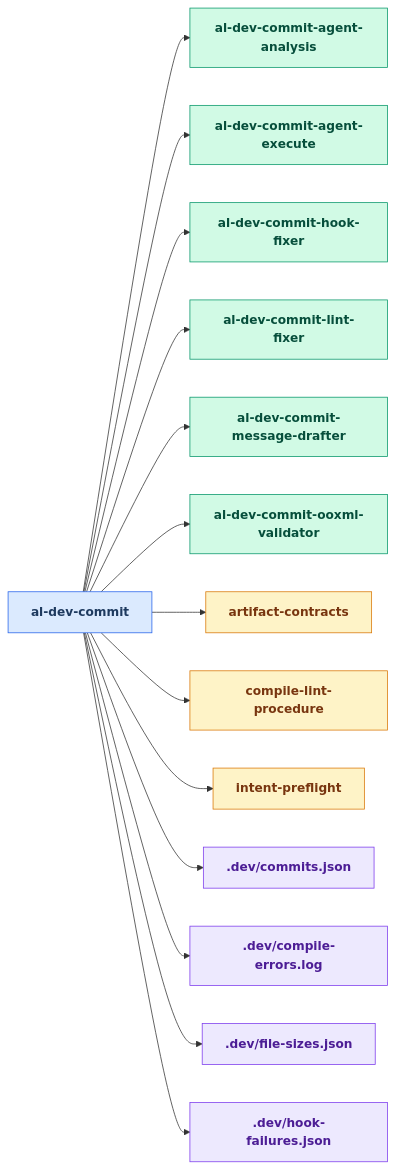
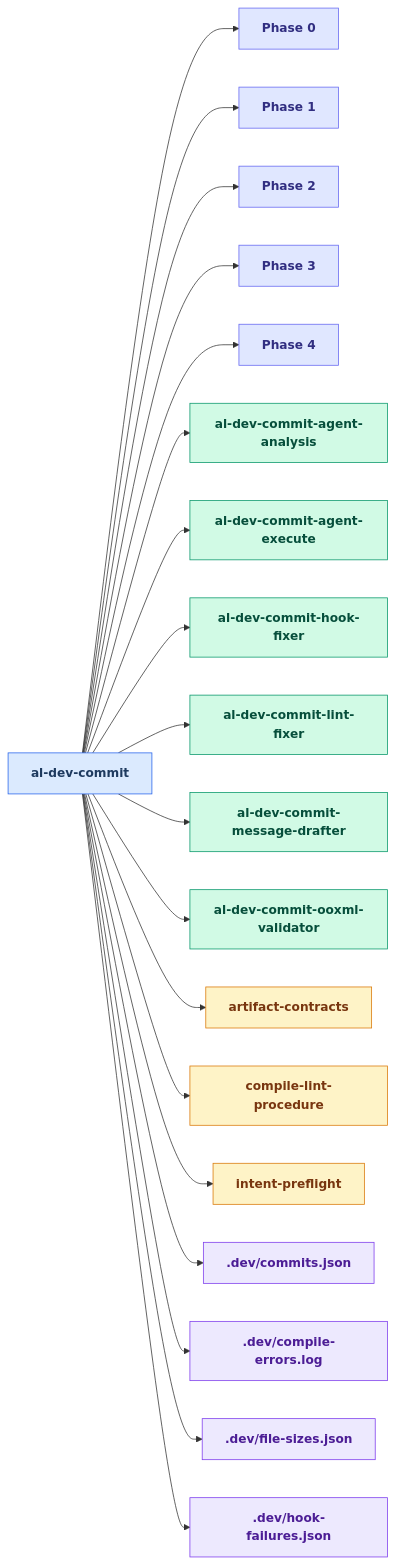
Before and after one commit to russell-laing/al-dev-shared: the tenth of 25 diagrams in docs/al-dev-skills-map.md, drawn with Mermaid. The commit also changed other lines of this file and 1 other file, not shown here.

First line of the commit message:
feat: generate Phase<N> nodes in skill drilldown diagrams

````diff
--- a/docs/al-dev-skills-map.md
+++ b/docs/al-dev-skills-map.md
@@ -456,51 +554,67 @@
 ```mermaid
 flowchart LR
     classDef skillNode fill:#dbeafe,stroke:#2563eb,color:#1e3a5f,font-weight:bold
     classDef agentNode fill:#d1fae5,stroke:#059669,color:#064e3b,font-weight:bold
     classDef knowledgeNode fill:#fef3c7,stroke:#d97706,color:#78350f,font-weight:bold
     classDef artifactNode fill:#ede9fe,stroke:#7c3aed,color:#4c1d95,font-weight:bold
+    classDef phaseNode fill:#e0e7ff,stroke:#6366f1,color:#312e81,font-weight:bold
 
     skill_al_dev_commit[al-dev-commit]
+    Phase0["Phase 0"]
+    Phase1["Phase 1"]
+    Phase2["Phase 2"]
+    Phase3["Phase 3"]
+    Phase4["Phase 4"]
     agent_al_dev_commit_agent_analysis[al-dev-commit-agent-analysis]
     agent_al_dev_commit_agent_execute[al-dev-commit-agent-execute]
     agent_al_dev_commit_hook_fixer[al-dev-commit-hook-fixer]
     agent_al_dev_commit_lint_fixer[al-dev-commit-lint-fixer]
     agent_al_dev_commit_message_drafter[al-dev-commit-message-drafter]
     agent_al_dev_commit_ooxml_validator[al-dev-commit-ooxml-validator]
     knowledge_artifact_contracts_md[artifact-contracts]
     knowledge_compile_lint_procedure_md[compile-lint-procedure]
     knowledge_intent_preflight_md[intent-preflight]
     artifact_commits_json[.dev/commits.json]
     artifact_compile_errors_log[.dev/compile-errors.log]
     artifact_file_sizes_json[.dev/file-sizes.json]
     artifact_hook_failures_json[.dev/hook-failures.json]
 
+    skill_al_dev_commit --> Phase0
+    skill_al_dev_commit --> Phase1
+    skill_al_dev_commit --> Phase2
+    skill_al_dev_commit --> Phase3
+    skill_al_dev_commit --> Phase4
     skill_al_dev_commit --> agent_al_dev_commit_agent_analysis
     skill_al_dev_commit --> agent_al_dev_commit_agent_execute
     skill_al_dev_commit --> agent_al_dev_commit_hook_fixer
     skill_al_dev_commit --> agent_al_dev_commit_lint_fixer
     skill_al_dev_commit --> agent_al_dev_commit_message_drafter
     skill_al_dev_commit --> agent_al_dev_commit_ooxml_validator
     skill_al_dev_commit --> knowledge_artifact_contracts_md
     skill_al_dev_commit --> knowledge_compile_lint_procedure_md
     skill_al_dev_commit --> knowledge_intent_preflight_md
     skill_al_dev_commit --> artifact_commits_json
     skill_al_dev_commit --> artifact_compile_errors_log
     skill_al_dev_commit --> artifact_file_sizes_json
     skill_al_dev_commit --> artifact_hook_failures_json
 
     class skill_al_dev_commit skillNode
+    class Phase0 phaseNode
+    class Phase1 phaseNode
+    class Phase2 phaseNode
+    class Phase3 phaseNode
+    class Phase4 phaseNode
     class agent_al_dev_commit_agent_analysis agentNode
     class agent_al_dev_commit_agent_execute agentNode
     class agent_al_dev_commit_hook_fixer agentNode
     class agent_al_dev_commit_lint_fixer agentNode
     class agent_al_dev_commit_message_drafter agentNode
     class agent_al_dev_commit_ooxml_validator agentNode
     class knowledge_artifact_contracts_md knowledgeNode
     class knowledge_compile_lint_procedure_md knowledgeNode
     class knowledge_intent_preflight_md knowledgeNode
     class artifact_commits_json artifactNode
     class artifact_compile_errors_log artifactNode
     class artifact_file_sizes_json artifactNode
     class artifact_hook_failures_json artifactNode
 ```
````
